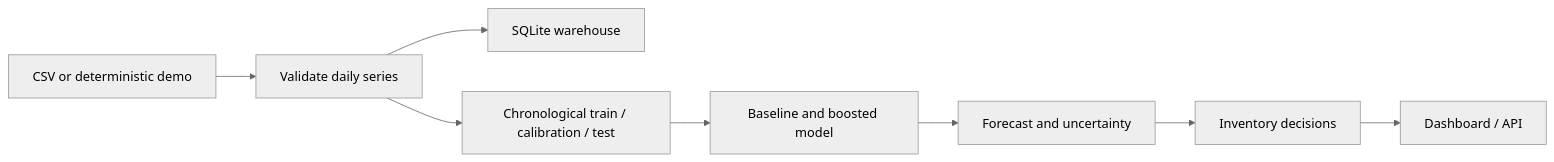
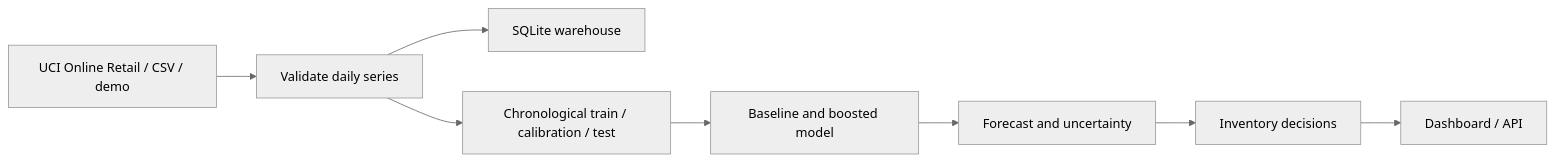
Before and after one commit to sumeetamin/retail-demand-intelligence: the diagram in README.md, drawn with Mermaid (neutral theme). The commit also changed other lines of this file and 11 other files, not shown here.

Commit message:
Use UCI Online Retail data pipeline

````diff
--- a/README.md
+++ b/README.md
@@ -38,10 +40,10 @@
 ```mermaid
 flowchart LR
-    A[CSV or deterministic demo] --> B[Validate daily series]
+    A[UCI Online Retail / CSV / demo] --> B[Validate daily series]
     B --> C[SQLite warehouse]
     B --> D[Chronological train / calibration / test]
     D --> E[Baseline and boosted model]
     E --> F[Forecast and uncertainty]
     F --> G[Inventory decisions]
     G --> H[Dashboard / API]
 ```
````
